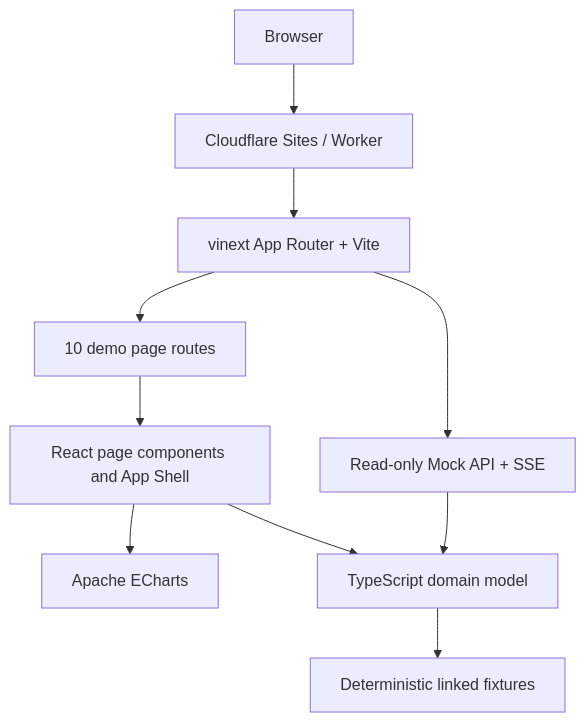
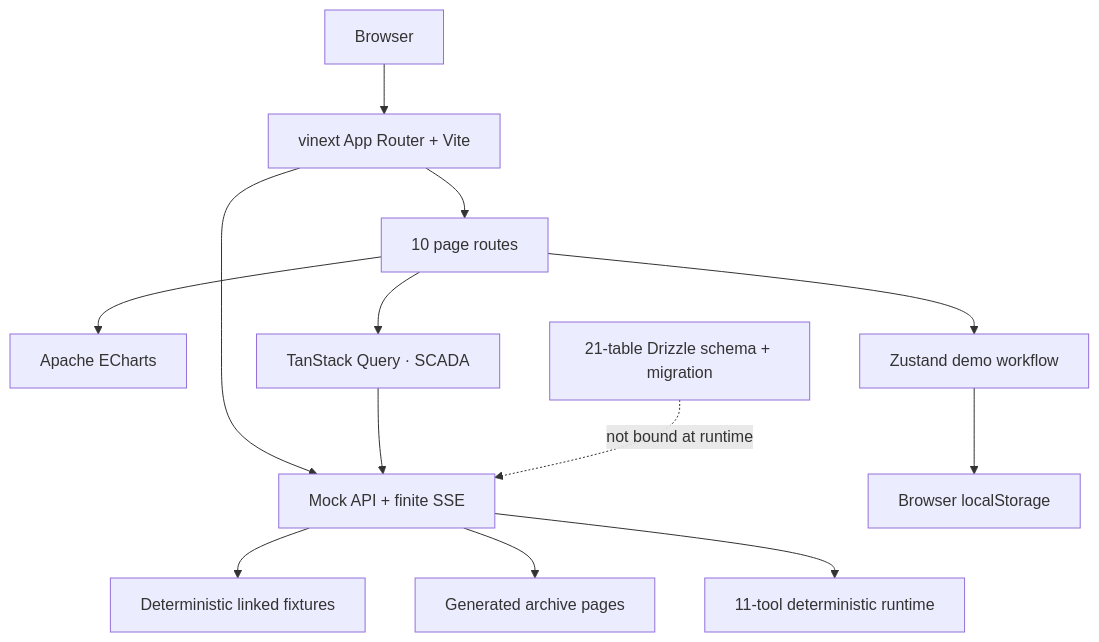
One commit to DAT4RIAN/OpenVigil changed the first of 2 diagrams in README.md. Above: the diagram before and after it, drawn with Mermaid. The commit also changed other lines of this file, not shown here.

First line of the commit message:
Update README: clarify demo scope and docs

````diff
--- a/README.md
+++ b/README.md
@@ -63,12 +73,15 @@
 ```mermaid
 flowchart TB
-  browser["Browser"] --> sites["Cloudflare Sites / Worker"]
-  sites --> runtime["vinext App Router + Vite"]
-  runtime --> pages["10 demo page routes"]
-  runtime --> api["Read-only Mock API + SSE"]
-  pages --> ui["React page components and App Shell"]
-  ui --> charts["Apache ECharts"]
-  ui --> domain["TypeScript domain model"]
-  api --> domain
-  domain --> fixtures["Deterministic linked fixtures"]
+  browser["Browser"] --> runtime["vinext App Router + Vite"]
+  runtime --> pages["10 page routes"]
+  runtime --> api["Mock API + finite SSE"]
+  pages --> charts["Apache ECharts"]
+  pages --> query["TanStack Query · SCADA"]
+  pages --> workflow["Zustand demo workflow"]
+  workflow --> storage["Browser localStorage"]
+  query --> api
+  api --> fixtures["Deterministic linked fixtures"]
+  api --> archive["Generated archive pages"]
+  api --> tools["11-tool deterministic runtime"]
+  schema["21-table Drizzle schema + migration"] -. "not bound at runtime" .-> api
 ```
````
